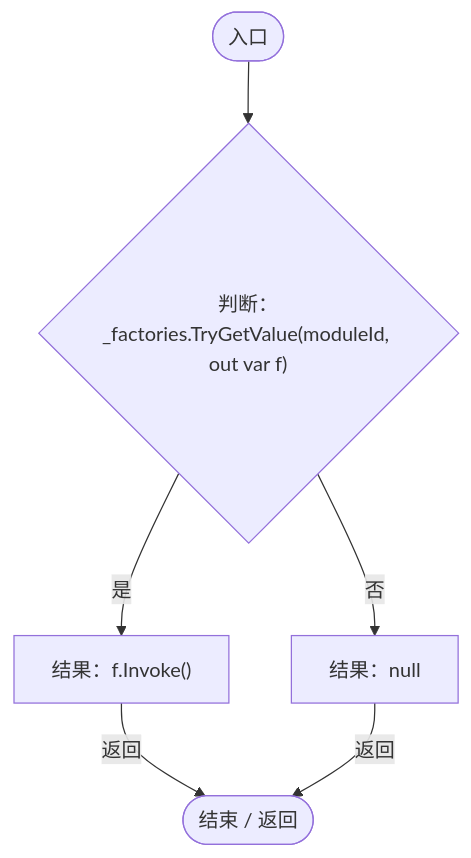
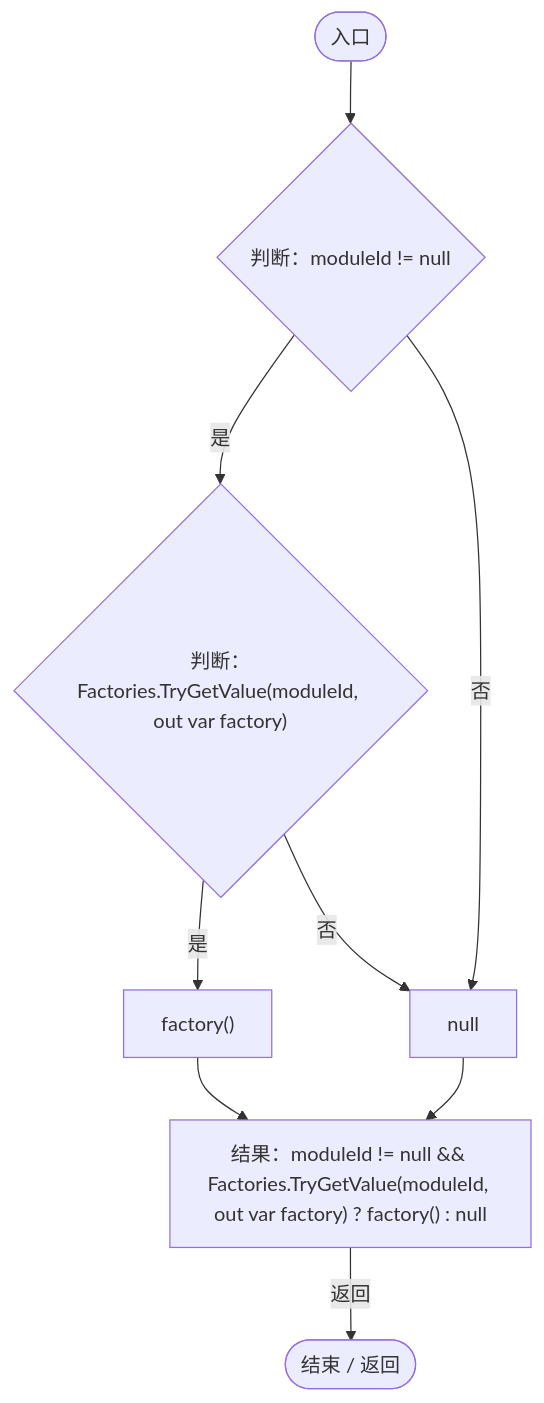
Before and after one commit to xhs6666/Darwin_paradise: the fourth of 6 diagrams in Docs/运行流程图/脚本/58bd7c2d48df02e1.md, drawn with Mermaid. The commit also changed other lines of this file and 167 other files, not shown here.

````diff
--- a/Docs/运行流程图/脚本/58bd7c2d48df02e1.md
+++ b/Docs/运行流程图/脚本/58bd7c2d48df02e1.md
@@ -45,14 +85,19 @@
 ```mermaid
 flowchart TD
   b0(["入口"])
-  b1{"判断：_factories.TryGetValue(moduleId, out var f)"}
-  b2["结果：f.Invoke()"]
-  b3["结果：null"]
-  b4(["结束 / 返回"])
+  b1{"判断：moduleId != null"}
+  b2{"判断：Factories.TryGetValue(moduleId, out var factory)"}
+  b3["factory()"]
+  b4["null"]
+  b5["结果：moduleId != null &amp;&amp; Factories.TryGetValue(moduleId, out var factory) ? factory() : null"]
+  b6(["结束 / 返回"])
   b0 --> b1
   b1 -->|"是"| b2
-  b1 -->|"否"| b3
-  b2 -->|"返回"| b4
-  b3 -->|"返回"| b4
+  b1 -->|"否"| b4
+  b2 -->|"是"| b3
+  b2 -->|"否"| b4
+  b3 --> b5
+  b4 --> b5
+  b5 -->|"返回"| b6
 
 ```
````
